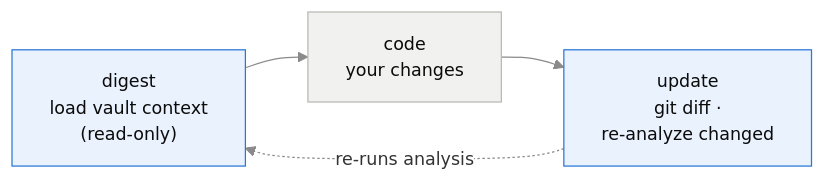
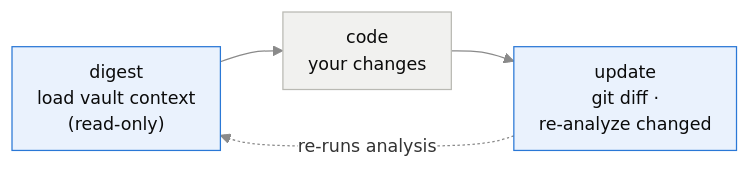
The third of 3 diagrams in README.md (SDS-Mode/code-to-docs-skill), drawn with Mermaid before and after one commit. The commit also changed other lines of this file and 1 other file, not shown here.

First line of the commit message:
fix(diagrams): prevent endpoint-node text clipping

````diff
--- a/README.md
+++ b/README.md
@@ -165,11 +165,11 @@
 ```mermaid
-%%{init: {'theme':'base','themeVariables':{'fontFamily':'-apple-system, Segoe UI, sans-serif','fontSize':'14px','lineColor':'#8a8a8a','edgeLabelBackground':'#ffffff'}}}%%
+%%{init: {'theme':'base','flowchart':{'padding':10},'themeVariables':{'fontFamily':'-apple-system, Segoe UI, sans-serif','fontSize':'14px','lineColor':'#8a8a8a','edgeLabelBackground':'#ffffff'}}}%%
 flowchart LR
   D["digest<br/>load vault context<br/>(read-only)"]:::io
   C["code<br/>your changes"]:::plain
   U["update<br/>git diff ·<br/>re-analyze changed"]:::io
   D --> C --> U
   U -. "re-runs analysis" .-> D
   classDef io fill:#eaf2fd,stroke:#2a78d6,color:#0b0b0b
   classDef plain fill:#f1f1ef,stroke:#b9b9b3,color:#0b0b0b
 ```
````
